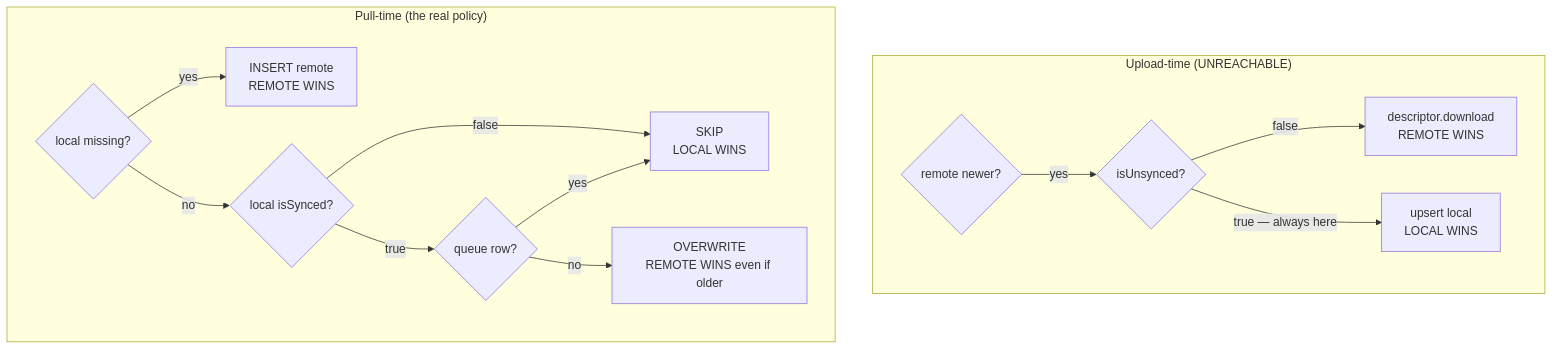
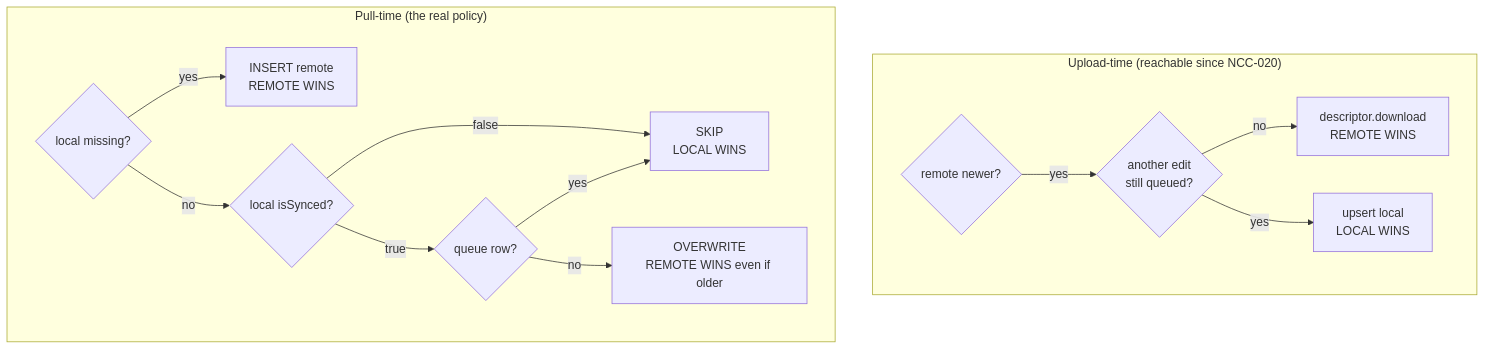
Before and after one commit to CyferBoy/Neo_Child_Clinic: the third of 4 diagrams in docs/Knowledge_Base/Offline Synchronization.md, drawn with Mermaid. The commit also changed other lines of this file and 86 other files, not shown here.

````diff
--- a/docs/Knowledge_Base/Offline Synchronization.md
+++ b/docs/Knowledge_Base/Offline Synchronization.md
@@ -120,16 +120,16 @@
 ```mermaid
 flowchart TD
-    subgraph upload["Upload-time (UNREACHABLE)"]
-        U1{"remote newer?"} -->|yes| U2{"isUnsynced?"}
-        U2 -->|"false"| DL["descriptor.download<br/>REMOTE WINS"]
-        U2 -->|"true — always here"| UP["upsert local<br/>LOCAL WINS"]
+    subgraph upload["Upload-time (reachable since NCC-020)"]
+        U1{"remote newer?"} -->|yes| U2{"another edit<br/>still queued?"}
+        U2 -->|"no"| DL["descriptor.download<br/>REMOTE WINS"]
+        U2 -->|"yes"| UP["upsert local<br/>LOCAL WINS"]
     end
     subgraph pull["Pull-time (the real policy)"]
         P1{"local missing?"} -->|yes| PI["INSERT remote<br/>REMOTE WINS"]
         P1 -->|no| P2{"local isSynced?"}
         P2 -->|false| PK["SKIP<br/>LOCAL WINS"]
         P2 -->|true| P3{"queue row?"}
         P3 -->|yes| PK
         P3 -->|no| PO["OVERWRITE<br/>REMOTE WINS even if older"]
     end
 ```
````
